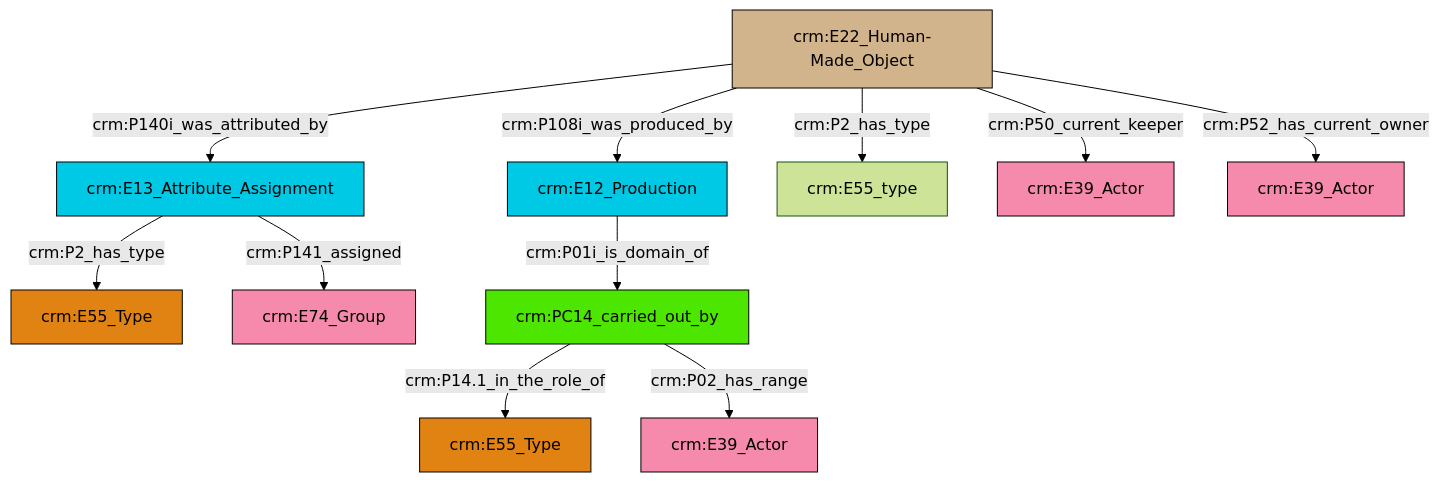
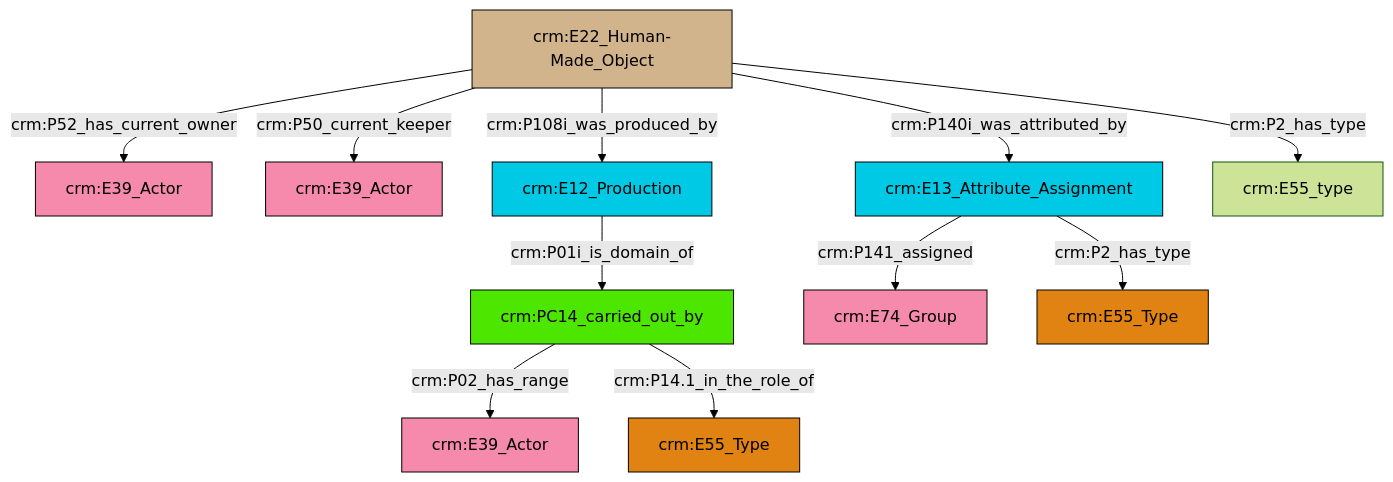
The diagram in et/artworkCSV/ttl/mmd/Artwork_Actor_Relations.ttl.mmd (swiss-art-research-net/reference-data-models), drawn with Mermaid (forest theme) before and after one commit. The commit also changed 127 other files, not shown here.

```diff
--- a/et/artworkCSV/ttl/mmd/Artwork_Actor_Relations.ttl.mmd
+++ b/et/artworkCSV/ttl/mmd/Artwork_Actor_Relations.ttl.mmd
@@ -1,25 +1,25 @@
 graph TD
 classDef Literal fill:#f2f2f2,stroke:#000000;
 classDef CRM_Entity fill:#FFFFFF,stroke:#000000;
 classDef Temporal_Entity fill:#00C9E6, stroke:#000000;
 classDef Type fill:#E18312, stroke:#000000;
 classDef Time-Span fill:#2C9C91, stroke:#000000;
 classDef Appellation fill:#FFEB7F, stroke:#000000;
 classDef Place fill:#008836, stroke:#000000;
 classDef Persistent_Item fill:#B266B2, stroke:#000000;
 classDef Conceptual_Object fill:#FFD700, stroke:#000000;
 classDef Physical_Thing fill:#D2B48C, stroke:#000000;
 classDef Actor fill:#f58aad, stroke:#000000;
 classDef PC_Classes fill:#4ce600, stroke:#000000;
 classDef Multi fill:#cccccc,stroke:#000000;
 
-8["crm:E13_Attribute_Assignment"]:::Temporal_Entity -->|crm:P2_has_type| 0["crm:E55_Type"]:::Type
-12["crm:E22_Human-Made_Object"]:::Physical_Thing -->|crm:P140i_was_attributed_by| 8["crm:E13_Attribute_Assignment"]:::Temporal_Entity
-12["crm:E22_Human-Made_Object"]:::Physical_Thing -->|crm:P2_has_type| 13["crm:E55_type"]:::Default
-14["crm:PC14_carried_out_by"]:::PC_Classes -->|crm:P14.1_in_the_role_of| 4["crm:E55_Type"]:::Type
-14["crm:PC14_carried_out_by"]:::PC_Classes -->|crm:P02_has_range| 9["crm:E39_Actor"]:::Actor
-2["crm:E12_Production"]:::Temporal_Entity -->|crm:P01i_is_domain_of| 14["crm:PC14_carried_out_by"]:::PC_Classes
-12["crm:E22_Human-Made_Object"]:::Physical_Thing -->|crm:P108i_was_produced_by| 2["crm:E12_Production"]:::Temporal_Entity
-12["crm:E22_Human-Made_Object"]:::Physical_Thing -->|crm:P50_current_keeper| 16["crm:E39_Actor"]:::Actor
-12["crm:E22_Human-Made_Object"]:::Physical_Thing -->|crm:P52_has_current_owner| 18["crm:E39_Actor"]:::Actor
-8["crm:E13_Attribute_Assignment"]:::Temporal_Entity -->|crm:P141_assigned| 6["crm:E74_Group"]:::Actor
+0["crm:PC14_carried_out_by"]:::PC_Classes -->|crm:P02_has_range| 1["crm:E39_Actor"]:::Actor
+2["crm:E22_Human-Made_Object"]:::Physical_Thing -->|crm:P52_has_current_owner| 3["crm:E39_Actor"]:::Actor
+12["crm:E12_Production"]:::Temporal_Entity -->|crm:P01i_is_domain_of| 0["crm:PC14_carried_out_by"]:::PC_Classes
+13["crm:E13_Attribute_Assignment"]:::Temporal_Entity -->|crm:P141_assigned| 6["crm:E74_Group"]:::Actor
+2["crm:E22_Human-Made_Object"]:::Physical_Thing -->|crm:P2_has_type| 16["crm:E55_type"]:::Default
+2["crm:E22_Human-Made_Object"]:::Physical_Thing -->|crm:P108i_was_produced_by| 12["crm:E12_Production"]:::Temporal_Entity
+2["crm:E22_Human-Made_Object"]:::Physical_Thing -->|crm:P140i_was_attributed_by| 13["crm:E13_Attribute_Assignment"]:::Temporal_Entity
+0["crm:PC14_carried_out_by"]:::PC_Classes -->|crm:P14.1_in_the_role_of| 14["crm:E55_Type"]:::Type
+2["crm:E22_Human-Made_Object"]:::Physical_Thing -->|crm:P50_current_keeper| 4["crm:E39_Actor"]:::Actor
+13["crm:E13_Attribute_Assignment"]:::Temporal_Entity -->|crm:P2_has_type| 10["crm:E55_Type"]:::Type
```
